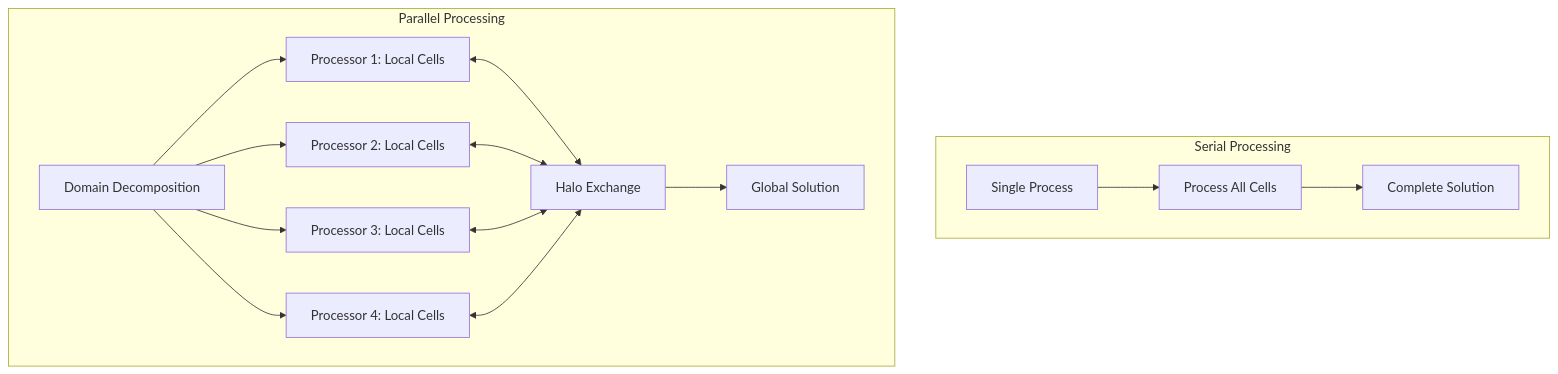
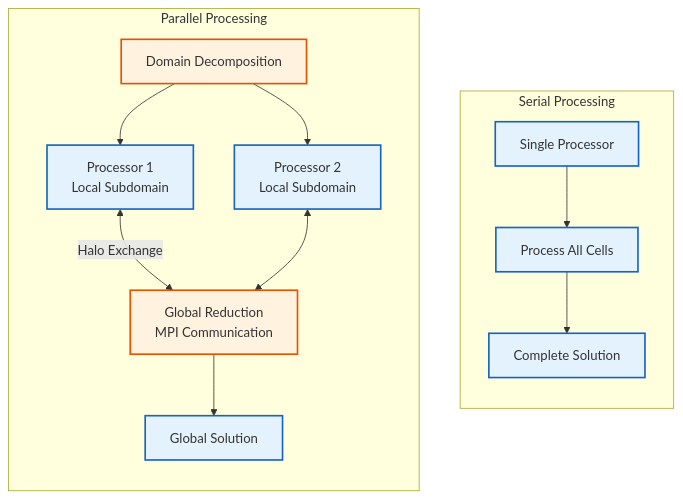
One commit to wramet/build-my-cfd changed the first of 5 diagrams in MODULE_05_OPENFOAM_PROGRAMMING/CONTENT/06_MATRICES_LINEARALGEBRA/05_Parallel_Linear_Algebra.md. Above: the diagram before and after it, drawn with Mermaid. The commit also changed other lines of this file and 313 other files, not shown here.

Commit message:
Revise all diagram

````diff
--- a/MODULE_05_OPENFOAM_PROGRAMMING/CONTENT/06_MATRICES_LINEARALGEBRA/05_Parallel_Linear_Algebra.md
+++ b/MODULE_05_OPENFOAM_PROGRAMMING/CONTENT/06_MATRICES_LINEARALGEBRA/05_Parallel_Linear_Algebra.md
@@ -33,19 +33,24 @@
 ```mermaid
 flowchart TD
-    subgraph Serial["Serial Processing"]
-        A[Single Process] --> B[Process All Cells]
-        B --> C[Complete Solution]
-    end
+%% Classes
+classDef explicit fill:#fff3e0,stroke:#e65100,stroke-width:2px;
+classDef implicit fill:#e3f2fd,stroke:#1565c0,stroke-width:2px;
+classDef container fill:#fafafa,stroke:#424242,stroke-width:2px;
 
-    subgraph Parallel["Parallel Processing"]
-        D[Domain Decomposition] --> E1[Processor 1: Local Cells]
-        D --> E2[Processor 2: Local Cells]
-        D --> E3[Processor 3: Local Cells]
-        D --> E4[Processor 4: Local Cells]
-        E1 <--> F[Halo Exchange]
-        E2 <--> F
-        E3 <--> F
-        E4 <--> F
-        F --> G[Global Solution]
-    end
+%% Subgraph: Serial Processing
+subgraph Serial [Serial Processing]
+    direction TB
+    S1[Single Processor]:::implicit --> S2[Process All Cells]:::implicit
+    S2 --> S3[Complete Solution]:::implicit
+end
+
+%% Subgraph: Parallel Processing
+subgraph Parallel [Parallel Processing]
+    direction TB
+    P1[Domain Decomposition]:::explicit --> P2a[Processor 1<br/>Local Subdomain]:::implicit
+    P1 --> P2b[Processor 2<br/>Local Subdomain]:::implicit
+    P2a <-->|Halo Exchange| P3[Global Reduction<br/>MPI Communication]:::explicit
+    P2b <--> P3
+    P3 --> P4[Global Solution]:::implicit
+end
 ```
````
